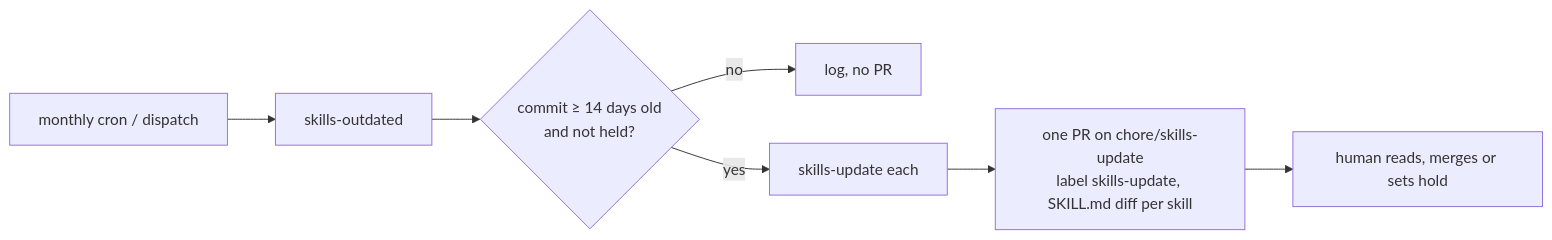
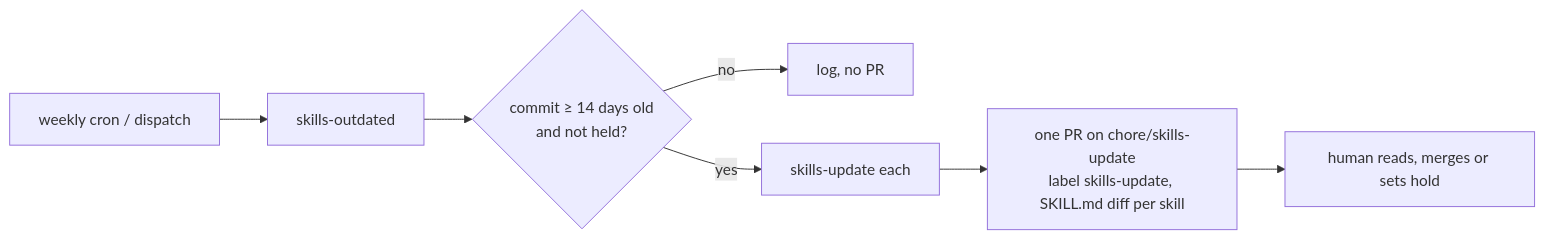
The diagram in docs/MIPs/MIP-0080-vendored-skills-lock.md (marola-dev/marola), drawn with Mermaid before and after one commit. The commit also changed other lines of this file and 3 other files, not shown here.

First line of the commit message:
MIP-0080: docs(mips): the skills update PR is weekly, not monthly

````diff
--- a/docs/MIPs/MIP-0080-vendored-skills-lock.md
+++ b/docs/MIPs/MIP-0080-vendored-skills-lock.md
@@ -157,9 +157,9 @@
 ```mermaid
 flowchart LR
-  cron["monthly cron / dispatch"] --> out["skills-outdated"]
+  cron["weekly cron / dispatch"] --> out["skills-outdated"]
   out --> f{"commit ≥ 14 days old\nand not held?"}
   f -- no --> skip["log, no PR"]
   f -- yes --> upd["skills-update each"]
   upd --> pr["one PR on chore/skills-update\nlabel skills-update, SKILL.md diff per skill"]
   pr --> rev["human reads, merges or sets hold"]
 ```
````
